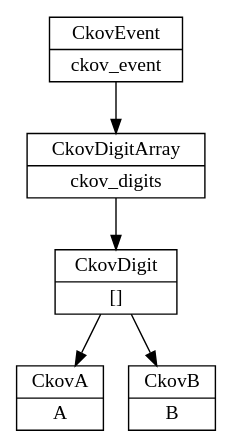
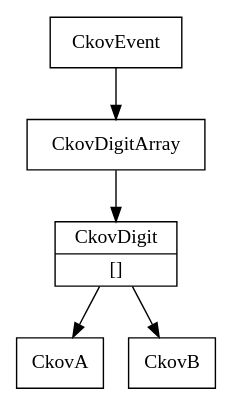
Before and after one commit to durgarajaram/maus-software-paper: the diagram in figs/ckov_datastructure.dot, drawn with Graphviz. The commit also changed 21 other files, not shown here.

```diff
--- a/figs/ckov_datastructure.dot
+++ b/figs/ckov_datastructure.dot
@@ -1,14 +1,14 @@
 // generate using "dot ckov_datastructure.dot -Tpdf -o ckov_datastructure.pdf"
 
 digraph G {
   node [shape=record];
-  ckov_event [shape=record, label="{CkovEvent|ckov_event}"]
-      ckov_event_item_ckov_digits [shape=record, label="{CkovDigitArray|ckov_digits}"]
+  ckov_event [shape=record, label="{CkovEvent}"]
+      ckov_event_item_ckov_digits [shape=record, label="{CkovDigitArray}"]
         ckov_event_item_ckov_digits_array_item [shape=record, label="{CkovDigit|[]}"]
-        ckov_event_item_ckov_digits_array_item_A [shape=record, label="{CkovA|A}"]
-        ckov_event_item_ckov_digits_array_item_B [shape=record, label="{CkovB|B}"]
+        ckov_event_item_ckov_digits_array_item_A [shape=record, label="{CkovA}"]
+        ckov_event_item_ckov_digits_array_item_B [shape=record, label="{CkovB}"]
               ckov_event -> ckov_event_item_ckov_digits
       ckov_event_item_ckov_digits -> ckov_event_item_ckov_digits_array_item
         ckov_event_item_ckov_digits_array_item -> ckov_event_item_ckov_digits_array_item_A
         ckov_event_item_ckov_digits_array_item -> ckov_event_item_ckov_digits_array_item_B
 }
```
